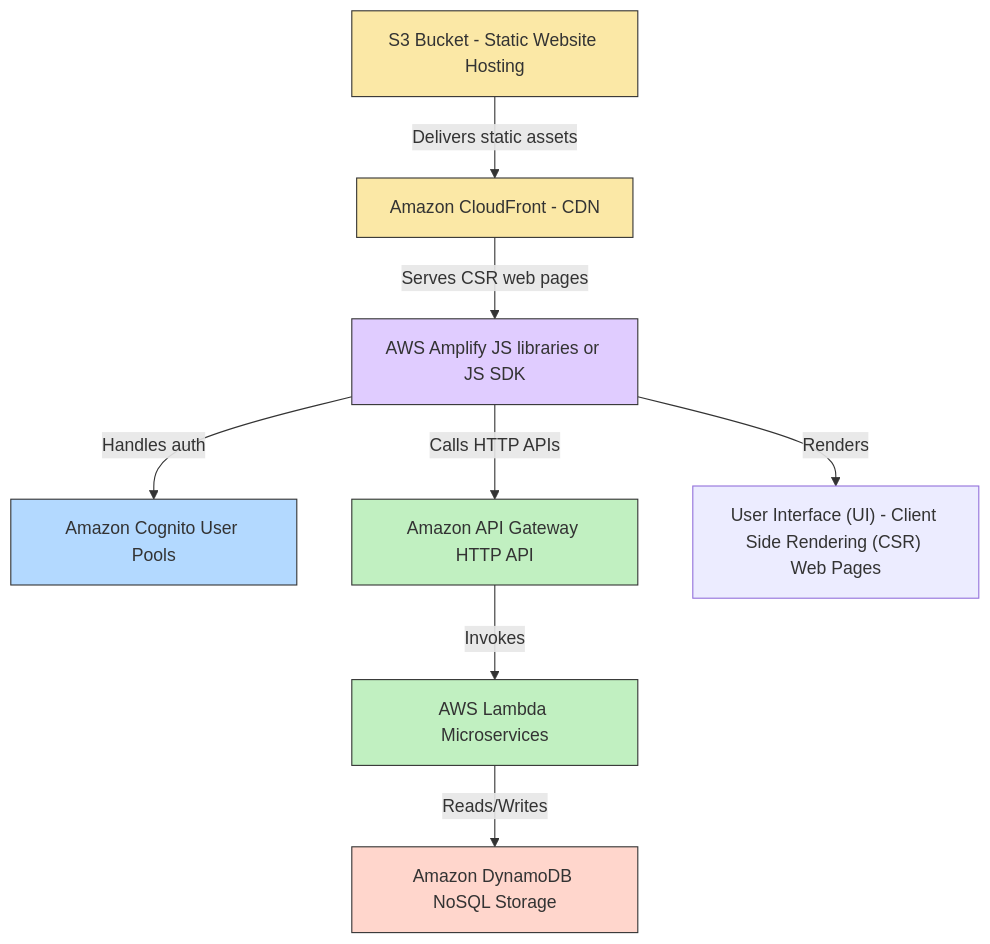
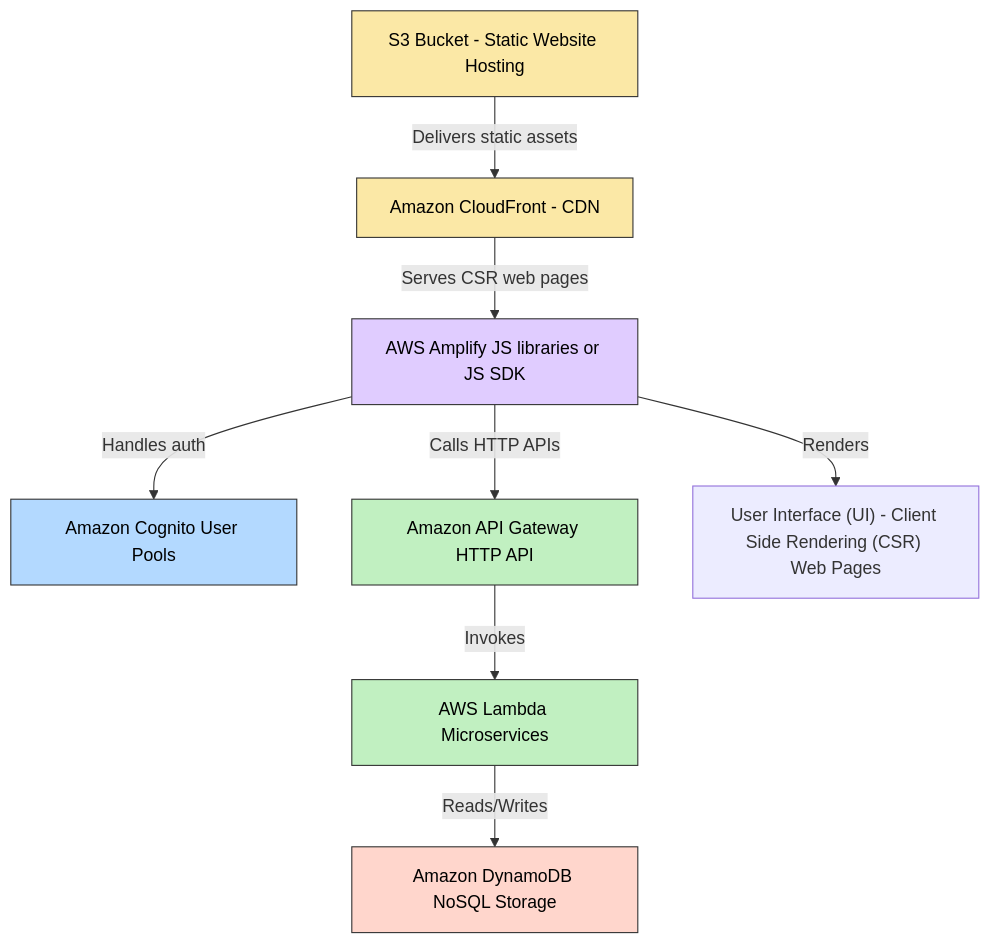
The diagram in Readme.md (lucaminudel/WiseWords), drawn with Mermaid before and after one commit. The commit also changed 2 other files, not shown here.

Commit message:
Fixed readme paths

````diff
--- a/Readme.md
+++ b/Readme.md
@@ -30,39 +30,40 @@
 ```mermaid
 %% Final Styled Serverless Architecture Diagram
 
 graph TD
     %% Class Definitions first
-    classDef frontend fill:#fbe8a6,stroke:#333,stroke-width:1px;
-    classDef auth fill:#b3d9ff,stroke:#333,stroke-width:1px;
-    classDef api fill:#c1f0c1,stroke:#333,stroke-width:1px;
-    classDef db fill:#ffd6cc,stroke:#333,stroke-width:1px;
-    classDef sdk fill:#e0ccff,stroke:#333,stroke-width:1px;
+    classDef frontend fill:#fbe8a6,stroke:#333,stroke-width:1px,color:#000000;
+    classDef auth fill:#b3d9ff,stroke:#333,stroke-width:1px,color:#000000;
+    classDef api fill:#c1f0c1,stroke:#333,stroke-width:1px,color:#000000;
+    classDef db fill:#ffd6cc,stroke:#333,stroke-width:1px,color:#000000;
+    classDef sdk fill:#e0ccff,stroke:#333,stroke-width:1px,color:#000000;
+
 
     %% Nodes (square brackets) with simplified labels (no parentheses)
     S3[S3 Bucket - Static Website Hosting]
     CloudFront[Amazon CloudFront - CDN]
     Cognito[Amazon Cognito User Pools]
     APIGateway[Amazon API Gateway HTTP API]
     Lambda[AWS Lambda Microservices]
     DynamoDB[Amazon DynamoDB NoSQL Storage]
     Amplify[AWS Amplify JS libraries or JS SDK]
     UI["User Interface (UI) - Client Side Rendering (CSR) Web Pages"]
     
 
     %% Connections with labels
     S3 -->|Delivers static assets| CloudFront
     CloudFront -->|Serves CSR web pages| Amplify
     Amplify -->|Handles auth| Cognito
     Amplify -->|Calls HTTP APIs| APIGateway
     Amplify -->|Renders| UI
     APIGateway -->|Invokes| Lambda
     Lambda -->|Reads/Writes| DynamoDB
 
     %% Assign classes to nodes
     class S3,CloudFront frontend;
     class Cognito auth;
     class APIGateway,Lambda api;
     class DynamoDB db;
     class Amplify sdk;
 
 ```
````
